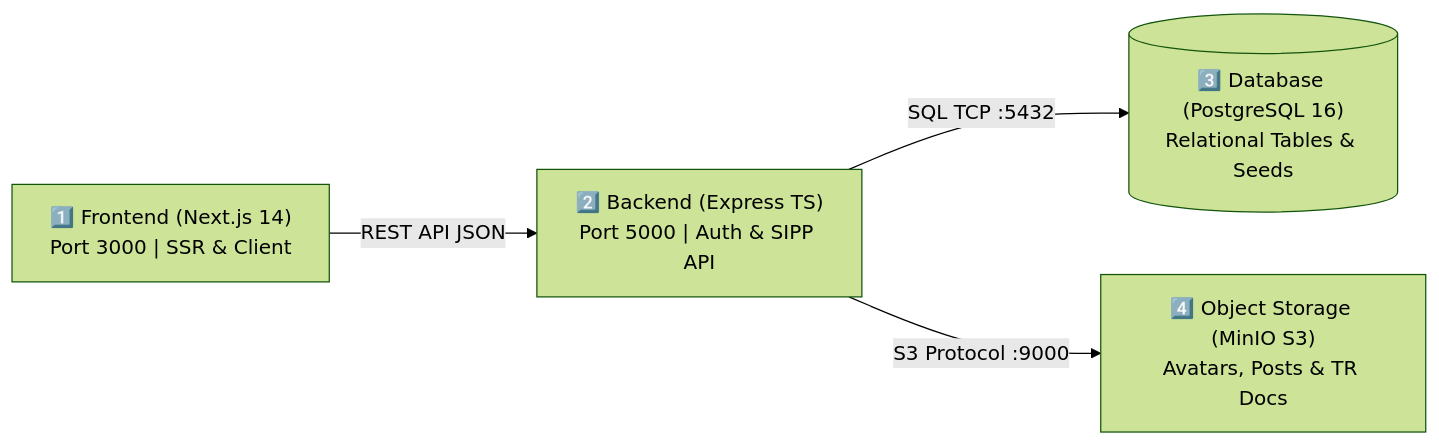
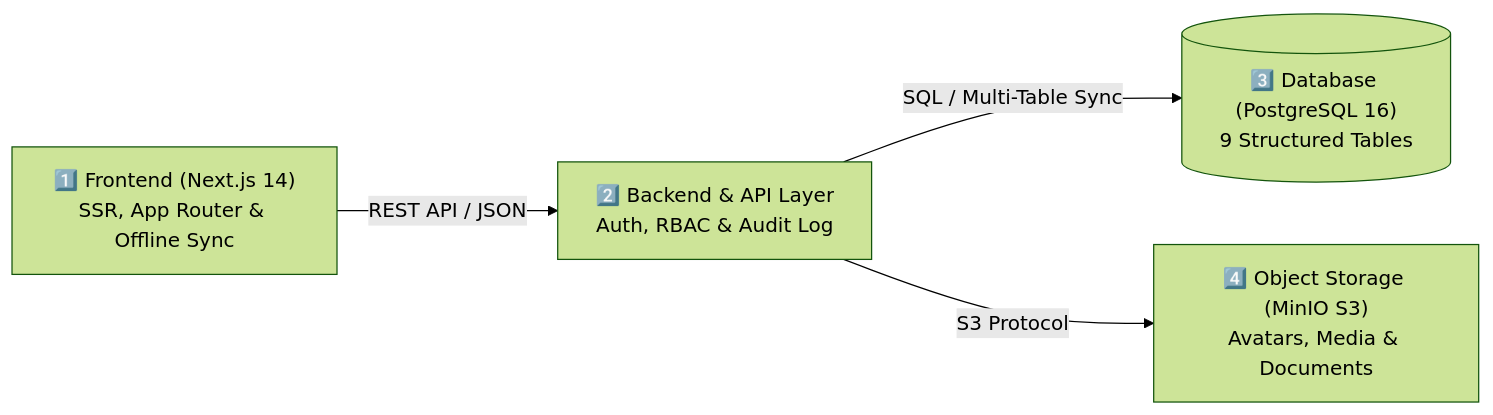
The second of 2 diagrams in README.md (omeko11/wirasatya96), drawn with Mermaid (forest theme) before and after one commit. The commit also changed other lines of this file and 16 other files, not shown here.

````diff
--- a/README.md
+++ b/README.md
@@ -47,6 +128,6 @@
 ```mermaid
 graph LR
-    FE["1️⃣ Frontend (Next.js 14)<br/>Port 3000 | SSR & Client"] -->|REST API JSON| BE["2️⃣ Backend (Express TS)<br/>Port 5000 | Auth & SIPP API"]
-    BE -->|SQL TCP :5432| DB[("3️⃣ Database (PostgreSQL 16)<br/>Relational Tables & Seeds")]
-    BE -->|S3 Protocol :9000| MinIO["4️⃣ Object Storage (MinIO S3)<br/>Avatars, Posts & TR Docs"]
+    FE["1️⃣ Frontend (Next.js 14)<br/>SSR, App Router & Offline Sync"] -->|REST API / JSON| BE["2️⃣ Backend & API Layer<br/>Auth, RBAC & Audit Log"]
+    BE -->|SQL / Multi-Table Sync| DB[("3️⃣ Database (PostgreSQL 16)<br/>9 Structured Tables")]
+    BE -->|S3 Protocol| MinIO["4️⃣ Object Storage (MinIO S3)<br/>Avatars, Media & Documents"]
 ```
````
